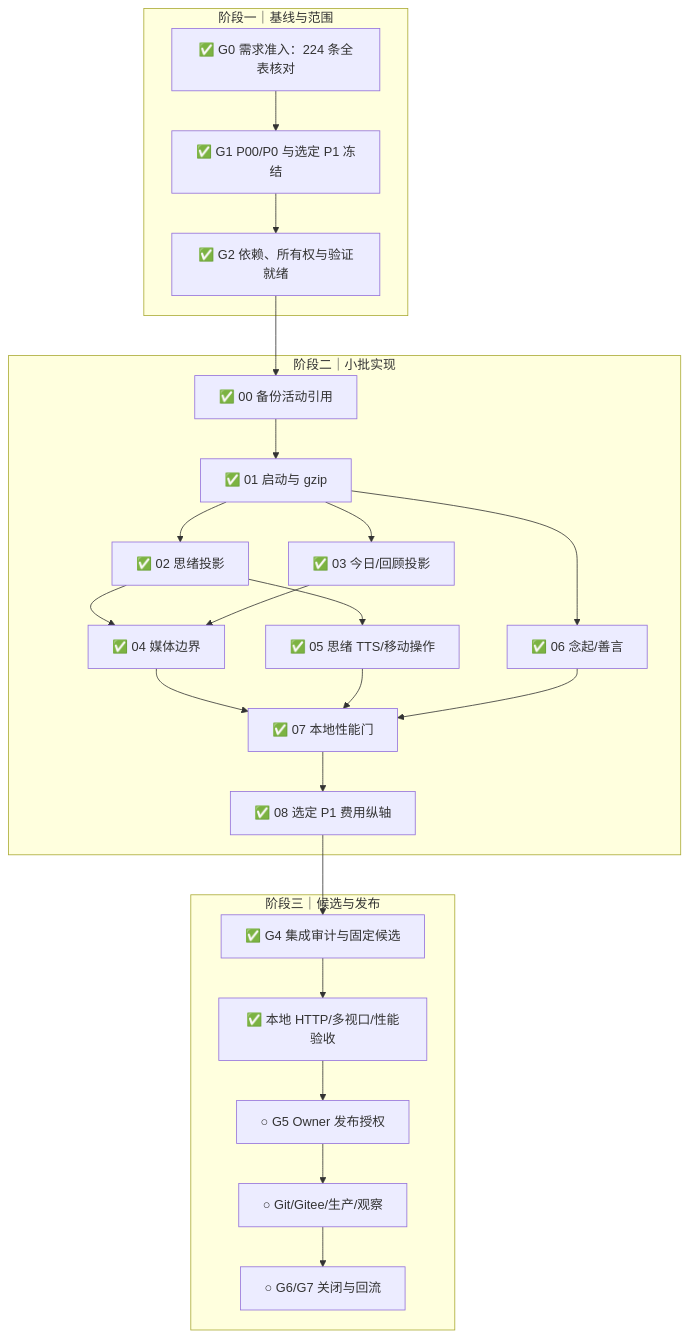
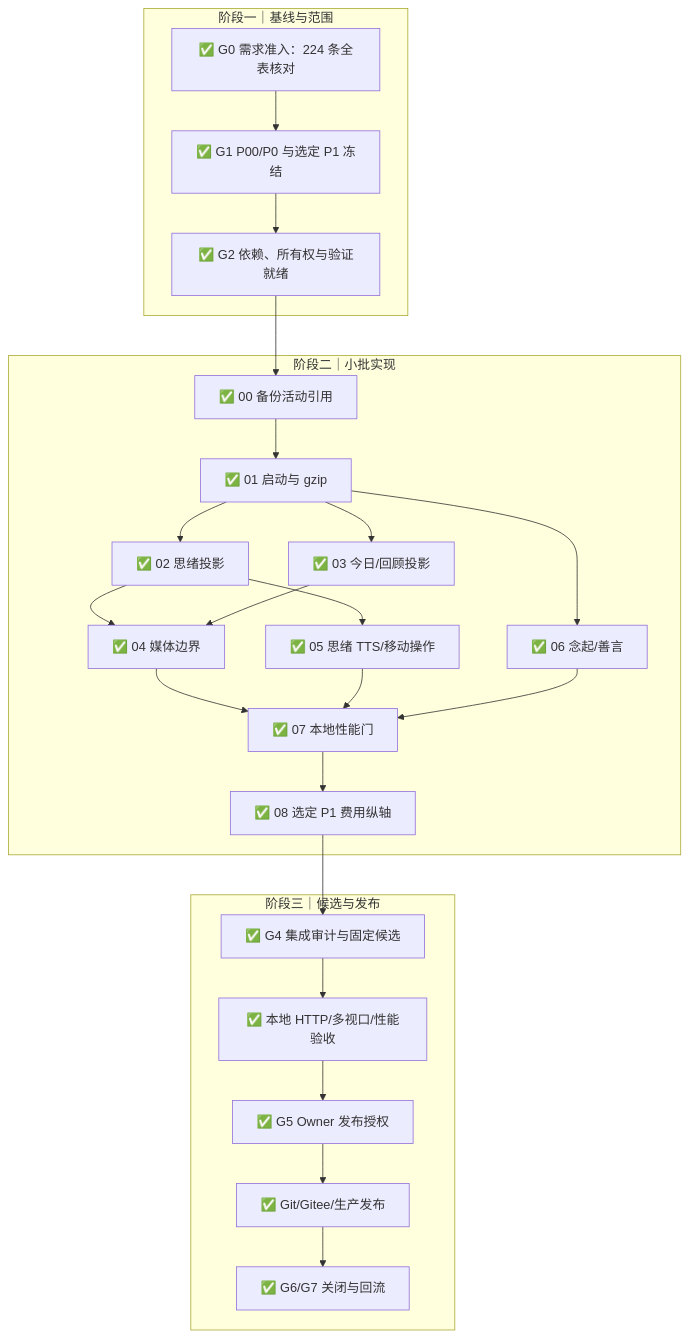
The diagram in reports/iteration-plan-v0.5.7-2026-10-04.md (77Liu/for-now), drawn with Mermaid before and after one commit. The commit also changed other lines of this file and 5 other files, not shown here.

````diff
--- a/reports/iteration-plan-v0.5.7-2026-10-04.md
+++ b/reports/iteration-plan-v0.5.7-2026-10-04.md
@@ -229,28 +229,28 @@
 ```mermaid
 flowchart TD
   subgraph BASE["阶段一｜基线与范围"]
     A["✅ G0 需求准入：224 条全表核对"] --> B["✅ G1 P00/P0 与选定 P1 冻结"]
     B --> C["✅ G2 依赖、所有权与验证就绪"]
   end
   subgraph BUILD["阶段二｜小批实现"]
     C --> D["✅ 00 备份活动引用"]
     D --> E["✅ 01 启动与 gzip"]
     E --> F["✅ 02 思绪投影"]
     E --> G["✅ 03 今日/回顾投影"]
     F --> H["✅ 04 媒体边界"]
     G --> H
     F --> I["✅ 05 思绪 TTS/移动操作"]
     E --> J["✅ 06 念起/善言"]
     H --> K["✅ 07 本地性能门"]
     I --> K
     J --> K
     K --> L["✅ 08 选定 P1 费用纵轴"]
   end
   subgraph RELEASE["阶段三｜候选与发布"]
     L --> M["✅ G4 集成审计与固定候选"]
     M --> N["✅ 本地 HTTP/多视口/性能验收"]
-    N --> O["○ G5 Owner 发布授权"]
-    O --> P["○ Git/Gitee/生产/观察"]
-    P --> Q["○ G6/G7 关闭与回流"]
+    N --> O["✅ G5 Owner 发布授权"]
+    O --> P["✅ Git/Gitee/生产发布"]
+    P --> Q["✅ G6/G7 关闭与回流"]
   end
 ```
````
